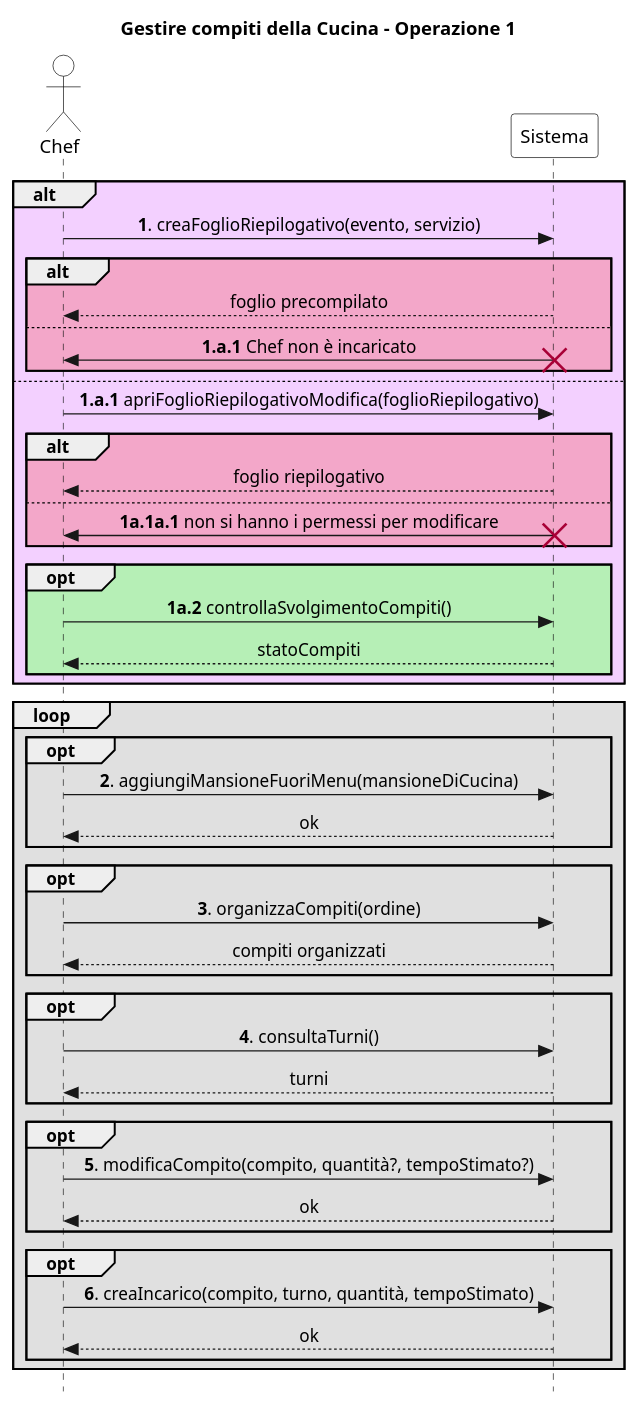
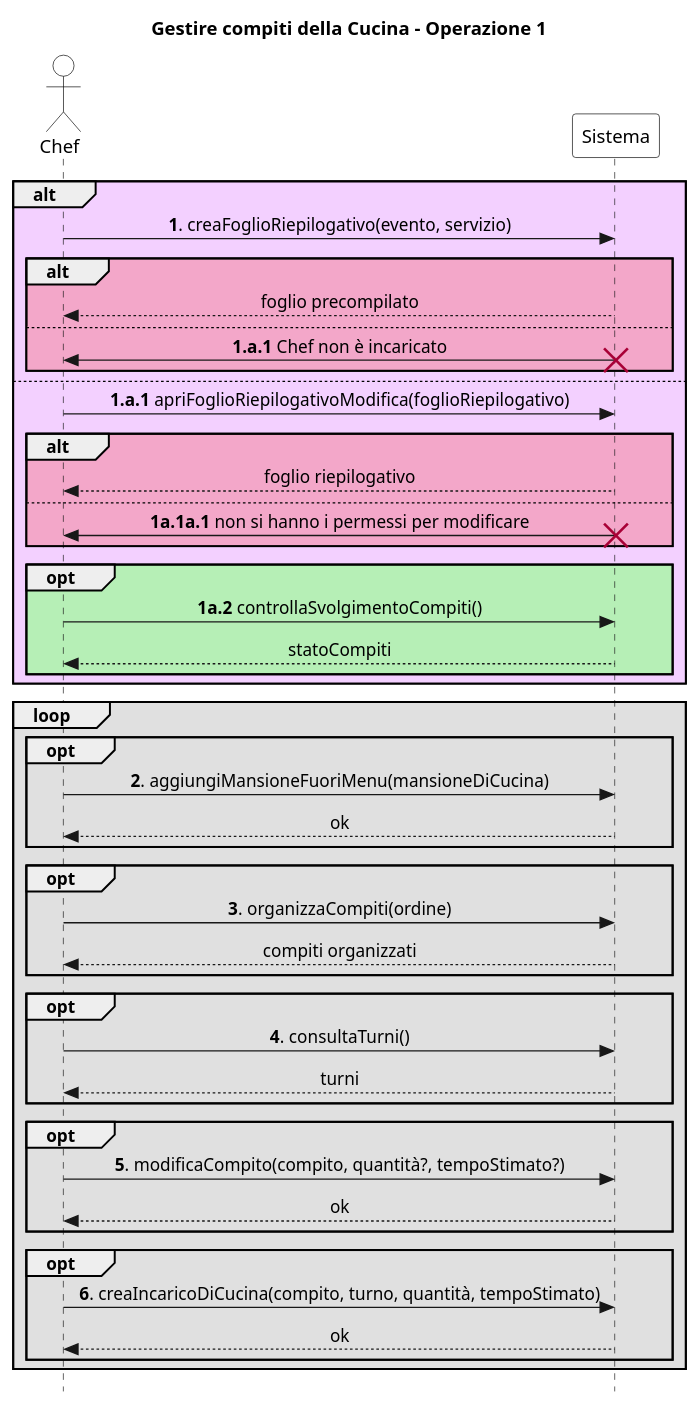
One commit to stefa168/sas-project changed the diagram in Requisiti/UC Gestire Compiti Cucina/SSD/Estensioni-Eccezioni Op1.puml. Above: the diagram before and after it, drawn with PlantUML. The commit also changed 9 other files, not shown here.

```diff
--- a/Requisiti/UC Gestire Compiti Cucina/SSD/Estensioni-Eccezioni Op1.puml
+++ b/Requisiti/UC Gestire Compiti Cucina/SSD/Estensioni-Eccezioni Op1.puml
@@ -1,69 +1,69 @@
 @startuml
 skinparam Style strictuml
 skinparam SequenceMessageAlign center
 
 skinparam sequence {
     ActorBorderColor Black
     ActorBackgroundColor White
     ParticipantBorderColor Black
     ParticipantBackgroundColor White
 }
 
 actor Chef
 participant Sistema
 
 title Gestire compiti della Cucina - Operazione 1
 
 alt #f3d0ff
     Chef -> Sistema: **1**. creaFoglioRiepilogativo(evento, servizio)
     alt #f3a7c9
         return foglio precompilato
     else
         Chef <- Sistema: **1.a.1** Chef non è incaricato
         destroy Sistema
     end
 else
     Chef -> Sistema: **1.a.1** apriFoglioRiepilogativoModifica(foglioRiepilogativo)
     alt #f3a7c9
         return foglio riepilogativo
     else
         Chef <- Sistema: **1a.1a.1** non si hanno i permessi per modificare
         destroy Sistema
     end
 
     opt #b6efb6
         Chef -> Sistema: **1a.2** controllaSvolgimentoCompiti()
         return statoCompiti
     end
 end
 
 loop #e0e0e0
     opt #e0e0e0
         Chef -> Sistema: **2**. aggiungiMansioneFuoriMenu(mansioneDiCucina)
         return ok
     end
 
     opt #e0e0e0
         Chef -> Sistema: **3**. organizzaCompiti(ordine)
         return compiti organizzati
     end
 
     opt #e0e0e0
         Chef -> Sistema: **4**. consultaTurni()
         return turni
     end
 
     opt #e0e0e0
         Chef -> Sistema: **5**. modificaCompito(compito, quantità?, tempoStimato?)
         return ok
     end
 
     opt #e0e0e0
-        Chef -> Sistema: **6**. creaIncarico(compito, turno, quantità, tempoStimato)
+        Chef -> Sistema: **6**. creaIncaricoDiCucina(compito, turno, quantità, tempoStimato)
         return ok
     end
 
 end
 
 
 @enduml
```
